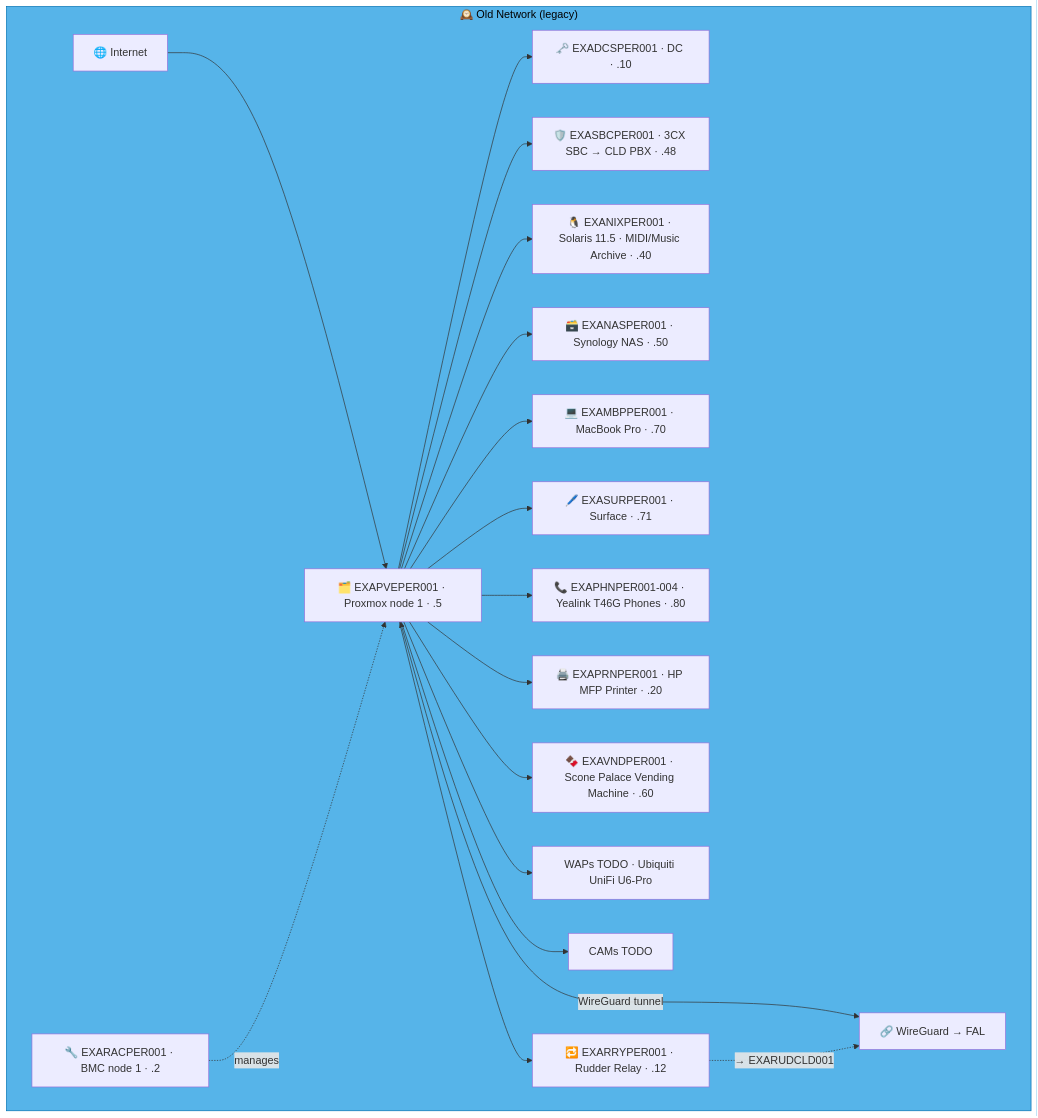
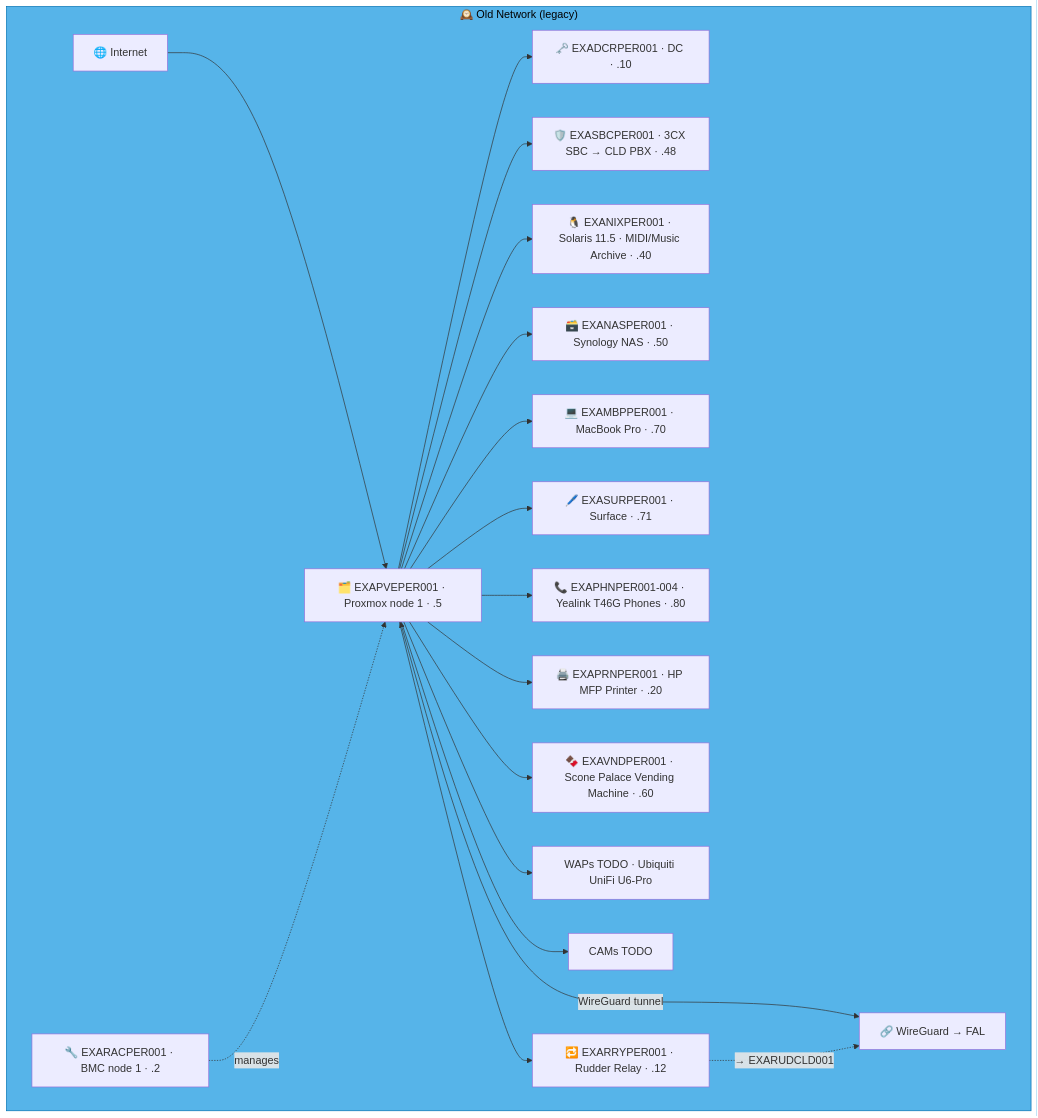
Diagram 17 of 21 in docs/network-diagram/scotland.md (knightmare2600/example_music_infra), drawn with Mermaid before and after one commit. The commit also changed other lines of this file and 8 other files, not shown here.

````diff
--- a/docs/network-diagram/scotland.md
+++ b/docs/network-diagram/scotland.md
@@ -1002,31 +977,31 @@
 ```mermaid
 graph TD
     subgraph OLD_PER ["🕰️ Old Network (legacy)"]
       INET["🌐 Internet"]
       RAC["🔧 EXARACPER001 · BMC node 1 · .2"]
       PVE["🗂️ EXAPVEPER001 · Proxmox node 1 · .5"]
-      DC["🗝️ EXADCSPER001 · DC · .10"]
+      DC["🗝️ EXADCRPER001 · DC · .10"]
       SBC["🛡️ EXASBCPER001 · 3CX SBC → CLD PBX · .48"]
       RRY["🔁 EXARRYPER001 · Rudder Relay · .12"]
       NIX["🐧 EXANIXPER001 · Solaris 11.5 · MIDI/Music Archive · .40"]
       NAS["🗃️ EXANASPER001 · Synology NAS · .50"]
       MBP["💻 EXAMBPPER001 · MacBook Pro · .70"]
       SUR["🖊️ EXASURPER001 · Surface · .71"]
       PHN["📞 EXAPHNPER001-004 · Yealink T46G Phones · .80"]
       PRN["🖨️ EXAPRNPER001 · HP MFP Printer · .20"]
       VND["🍫 EXAVNDPER001 · Scone Palace Vending Machine · .60"]
       WAP["WAPs TODO · Ubiquiti UniFi U6-Pro"]
       CAM["CAMs TODO"]
       VPN["🔗 WireGuard → FAL"]
 
       INET --> PVE
       PVE --> DC & SBC & NIX & NAS
       RAC -.->|"manages"| PVE
       PVE --> MBP & SUR & PHN & PRN & VND & WAP & CAM
       PVE <-->|"WireGuard tunnel"| VPN
 
       PVE --> RRY
       RRY -. "→ EXARUDCLD001" .-> VPN
     end
     style OLD_PER fill:#56B4E9,stroke:#0072B2,color:#000000
 ```
````
